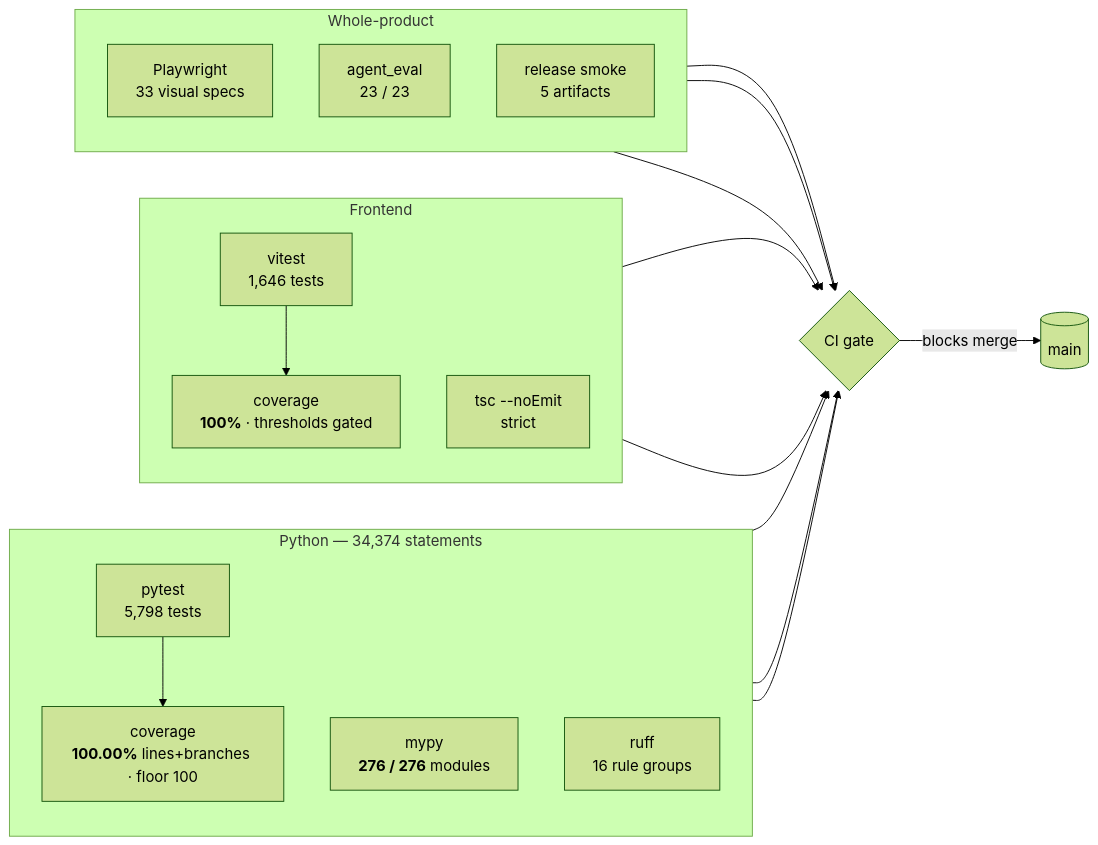
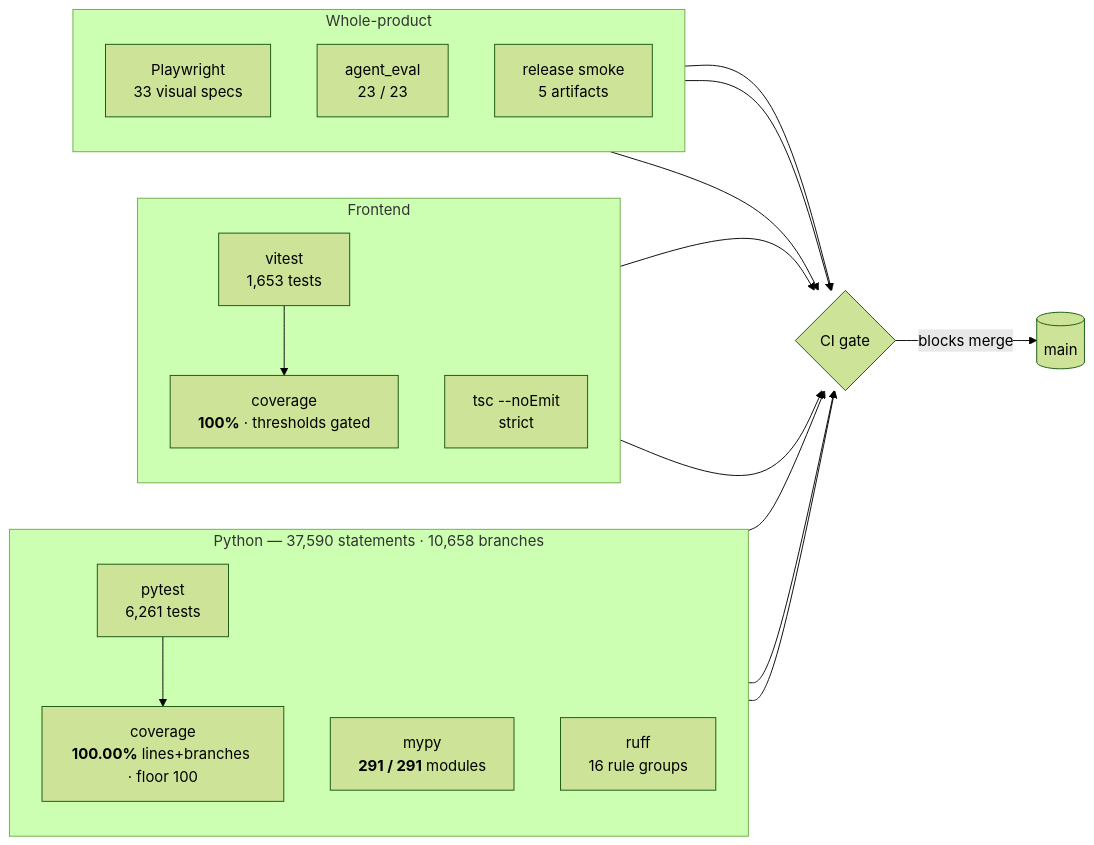
The fourth of 4 diagrams in ARCHITECTURE.md (TaeSooPark-PTS/LatticeAI), drawn with Mermaid (forest theme) before and after one commit. The commit also changed other lines of this file and 223 other files, not shown here.

````diff
--- a/ARCHITECTURE.md
+++ b/ARCHITECTURE.md
@@ -388,38 +613,38 @@
 ```mermaid
 flowchart LR
-  subgraph py["Python — 34,374 statements"]
+  subgraph py["Python — 37,590 statements · 10,658 branches"]
     direction TB
-    pyt["pytest<br/>5,798 tests"]
+    pyt["pytest<br/>6,261 tests"]
     pycov["coverage<br/><b>100.00%</b> lines+branches · floor 100"]
-    pymypy["mypy<br/><b>276 / 276</b> modules"]
+    pymypy["mypy<br/><b>291 / 291</b> modules"]
     pyruff["ruff<br/>16 rule groups"]
     pyt --> pycov
   end
 
   subgraph fe["Frontend"]
     direction TB
-    fet["vitest<br/>1,646 tests"]
+    fet["vitest<br/>1,653 tests"]
     fecov["coverage<br/><b>100%</b> · thresholds gated"]
     fets["tsc --noEmit<br/>strict"]
     fet --> fecov
   end
 
   subgraph e2e["Whole-product"]
     direction TB
     play["Playwright<br/>33 visual specs"]
     eval["agent_eval<br/>23 / 23"]
     smoke["release smoke<br/>5 artifacts"]
   end
 
   gate{"CI gate"}
   pycov --> gate
   pymypy --> gate
   pyruff --> gate
   fets --> gate
   fecov --> gate
   play --> gate
   eval --> gate
   smoke --> gate
 
   gate -- "blocks merge" --> main[("main")]
 ```
````
